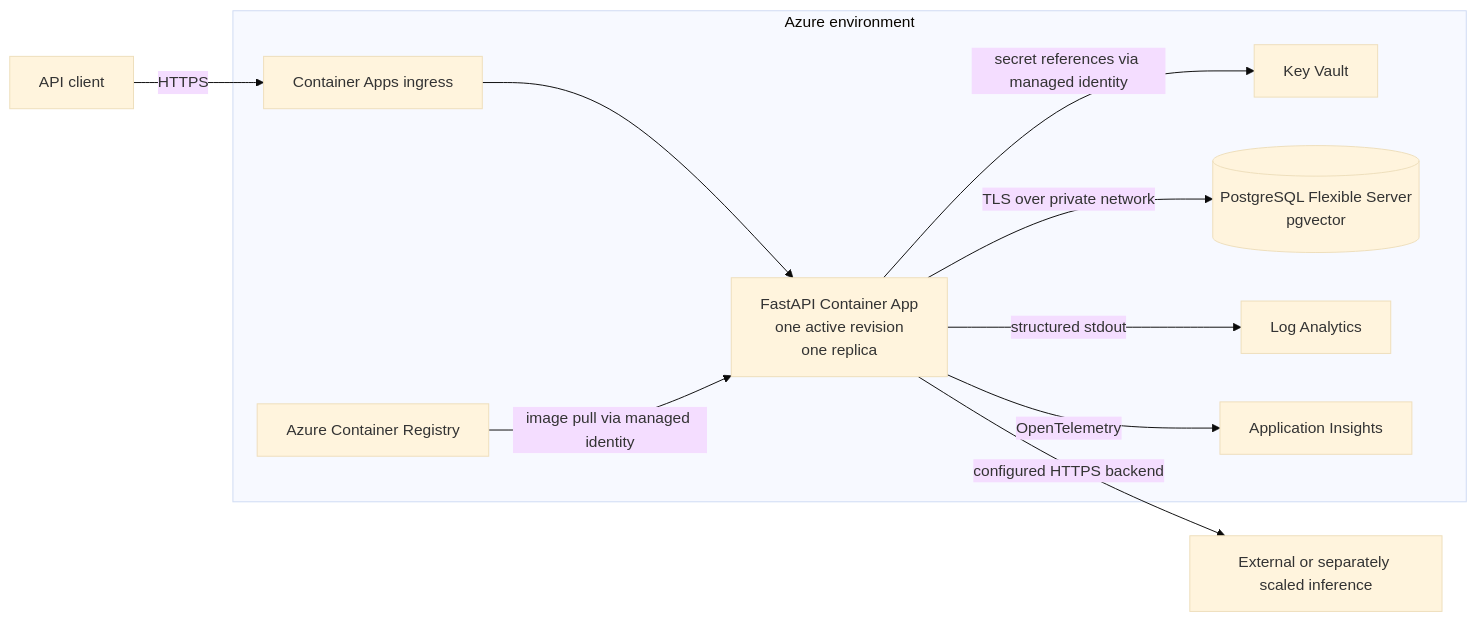
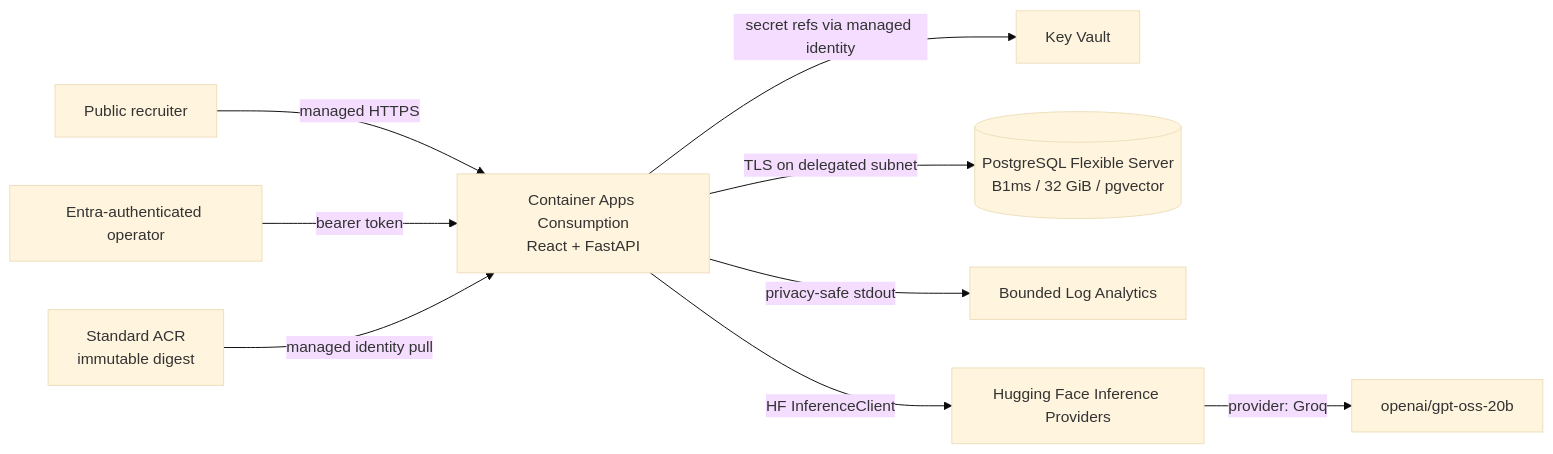
Before and after one commit to JosephATerry/openweight: the first of 2 diagrams in docs/azure_architecture.md, drawn with Mermaid (base theme). The commit also changed other lines of this file and 48 other files, not shown here.

````diff
--- a/docs/azure_architecture.md
+++ b/docs/azure_architecture.md
@@ -87,15 +18,11 @@
 ```mermaid
 flowchart LR
-    user[API client] -->|HTTPS| ingress[Container Apps ingress]
-
-    subgraph azure[Azure environment]
-        ingress --> api[FastAPI Container App\none active revision\none replica]
-        acr[Azure Container Registry] -->|image pull via managed identity| api
-        api -->|secret references via managed identity| kv[Key Vault]
-        api -->|TLS over private network| pg[(PostgreSQL Flexible Server\npgvector)]
-        api -->|structured stdout| logs[Log Analytics]
-        api -->|OpenTelemetry| appi[Application Insights]
-    end
-
-    api -->|configured HTTPS backend| inference[External or separately scaled inference]
+    recruiter[Public recruiter] -->|managed HTTPS| app[Container Apps Consumption\nReact + FastAPI]
+    entra[Entra-authenticated operator] -->|bearer token| app
+    acr[Standard ACR\nimmutable digest] -->|managed identity pull| app
+    app -->|secret refs via managed identity| kv[Key Vault]
+    app -->|TLS on delegated subnet| pg[(PostgreSQL Flexible Server\nB1ms / 32 GiB / pgvector)]
+    app -->|privacy-safe stdout| logs[Bounded Log Analytics]
+    app -->|HF InferenceClient| hf[Hugging Face Inference Providers]
+    hf -->|provider: Groq| model[openai/gpt-oss-20b]
 ```
````
